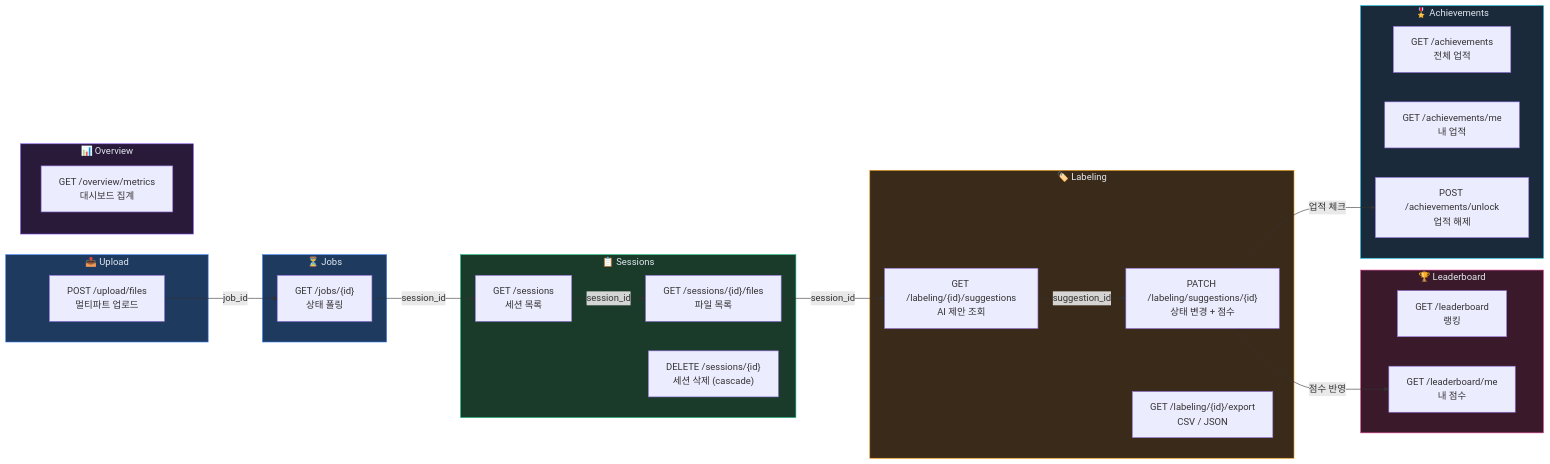
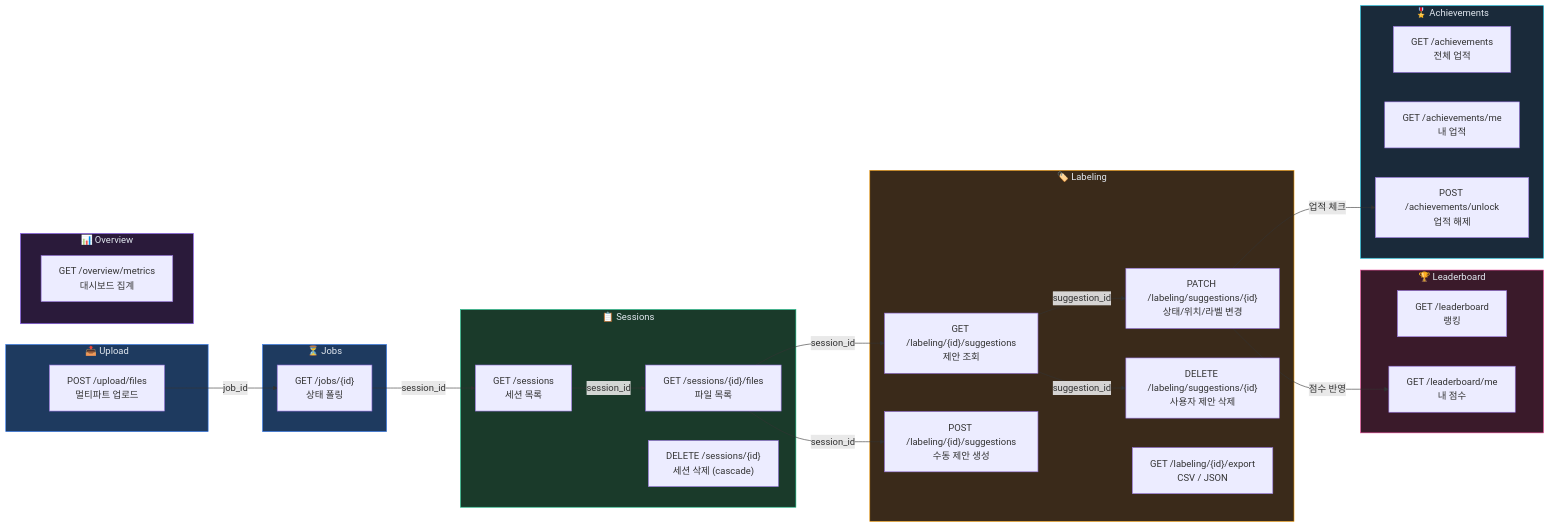
Before and after one commit to kimjuyoung1127/GameLab: the seventh of 10 diagrams in docs/architecture-diagrams.md, drawn with Mermaid. The commit also changed other lines of this file and 1 other file, not shown here.

First line of the commit message:
docs: 세션 로그 + 아키텍처 다이어그램 업데이트 (제안 수정/삭제 반영)

````diff
--- a/docs/architecture-diagrams.md
+++ b/docs/architecture-diagrams.md
@@ -355,53 +359,57 @@
 ```mermaid
 graph LR
   subgraph Upload["📤 Upload"]
     POST_upload["POST /upload/files<br/>멀티파트 업로드"]
   end
 
   subgraph Jobs["⏳ Jobs"]
     GET_job["GET /jobs/{id}<br/>상태 폴링"]
   end
 
   subgraph Sessions["📋 Sessions"]
     GET_sessions["GET /sessions<br/>세션 목록"]
     GET_files["GET /sessions/{id}/files<br/>파일 목록"]
     DEL_session["DELETE /sessions/{id}<br/>세션 삭제 (cascade)"]
   end
 
   subgraph Labeling["🏷️ Labeling"]
-    GET_suggestions["GET /labeling/{id}/suggestions<br/>AI 제안 조회"]
-    PATCH_suggestion["PATCH /labeling/suggestions/{id}<br/>상태 변경 + 점수"]
+    GET_suggestions["GET /labeling/{id}/suggestions<br/>제안 조회"]
+    POST_suggestions["POST /labeling/{id}/suggestions<br/>수동 제안 생성"]
+    PATCH_suggestion["PATCH /labeling/suggestions/{id}<br/>상태/위치/라벨 변경"]
+    DEL_suggestion["DELETE /labeling/suggestions/{id}<br/>사용자 제안 삭제"]
     GET_export["GET /labeling/{id}/export<br/>CSV / JSON"]
   end
 
   subgraph Overview["📊 Overview"]
     GET_metrics["GET /overview/metrics<br/>대시보드 집계"]
   end
 
   subgraph Leader["🏆 Leaderboard"]
     GET_leader["GET /leaderboard<br/>랭킹"]
     GET_me["GET /leaderboard/me<br/>내 점수"]
   end
 
   subgraph Achieve["🎖️ Achievements"]
     GET_achieve["GET /achievements<br/>전체 업적"]
     GET_my_achieve["GET /achievements/me<br/>내 업적"]
     POST_unlock["POST /achievements/unlock<br/>업적 해제"]
   end
 
   POST_upload -->|"job_id"| GET_job
   GET_job -->|"session_id"| GET_sessions
   GET_sessions -->|"session_id"| GET_files
   GET_files -->|"session_id"| GET_suggestions
   GET_suggestions -->|"suggestion_id"| PATCH_suggestion
+  GET_suggestions -->|"suggestion_id"| DEL_suggestion
+  GET_files -->|"session_id"| POST_suggestions
   PATCH_suggestion -->|"점수 반영"| GET_me
   PATCH_suggestion -->|"업적 체크"| POST_unlock
 
   style Upload fill:#1e3a5f,stroke:#3b82f6,color:#e2e8f0
   style Jobs fill:#1e3a5f,stroke:#3b82f6,color:#e2e8f0
   style Sessions fill:#1a3a2a,stroke:#10b981,color:#e2e8f0
   style Labeling fill:#3a2a1a,stroke:#f59e0b,color:#e2e8f0
   style Overview fill:#2a1a3a,stroke:#8b5cf6,color:#e2e8f0
   style Leader fill:#3a1a2a,stroke:#ec4899,color:#e2e8f0
   style Achieve fill:#1a2a3a,stroke:#06b6d4,color:#e2e8f0
 ```
````
